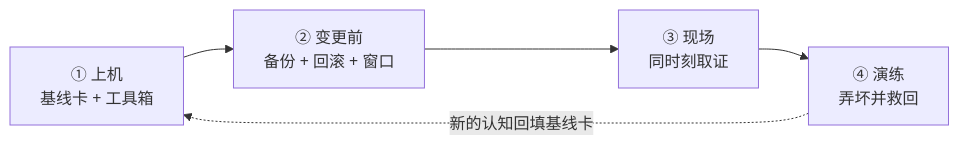
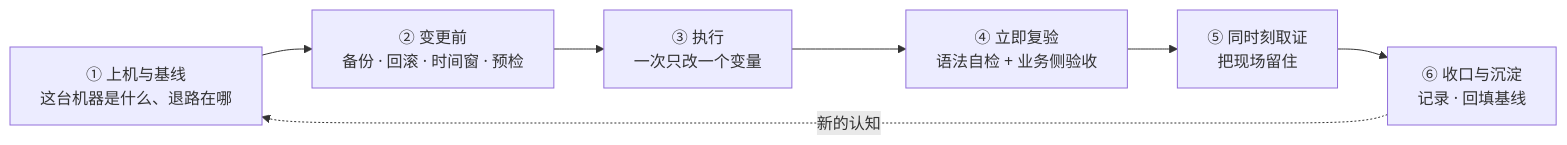
One commit to realtyz/ops-manual changed the diagram in Linux/01_实验环境与操作纪律/00_导读与知识地图.md. Above: the diagram before and after it, drawn with Mermaid. The commit also changed other lines of this file and 61 other files, not shown here.

````diff
--- a/Linux/01_实验环境与操作纪律/00_导读与知识地图.md
+++ b/Linux/01_实验环境与操作纪律/00_导读与知识地图.md
@@ -69,7 +18,9 @@
 ```mermaid
 flowchart LR
-  A["① 上机<br/>基线卡 + 工具箱"] --> B["② 变更前<br/>备份 + 回滚 + 窗口"]
-  B --> C["③ 现场<br/>同时刻取证"]
-  C --> D["④ 演练<br/>弄坏并救回"]
-  D -.->|"新的认知回填基线卡"| A
+  A["① 上机与基线<br/>这台机器是什么、退路在哪"] --> B["② 变更前<br/>备份 · 回滚 · 时间窗 · 预检"]
+  B --> C["③ 执行<br/>一次只改一个变量"]
+  C --> D["④ 立即复验<br/>语法自检 + 业务侧验收"]
+  D --> E["⑤ 同时刻取证<br/>把现场留住"]
+  E --> F["⑥ 收口与沉淀<br/>记录 · 回填基线"]
+  F -.->|新的认知| A
 ```
````
